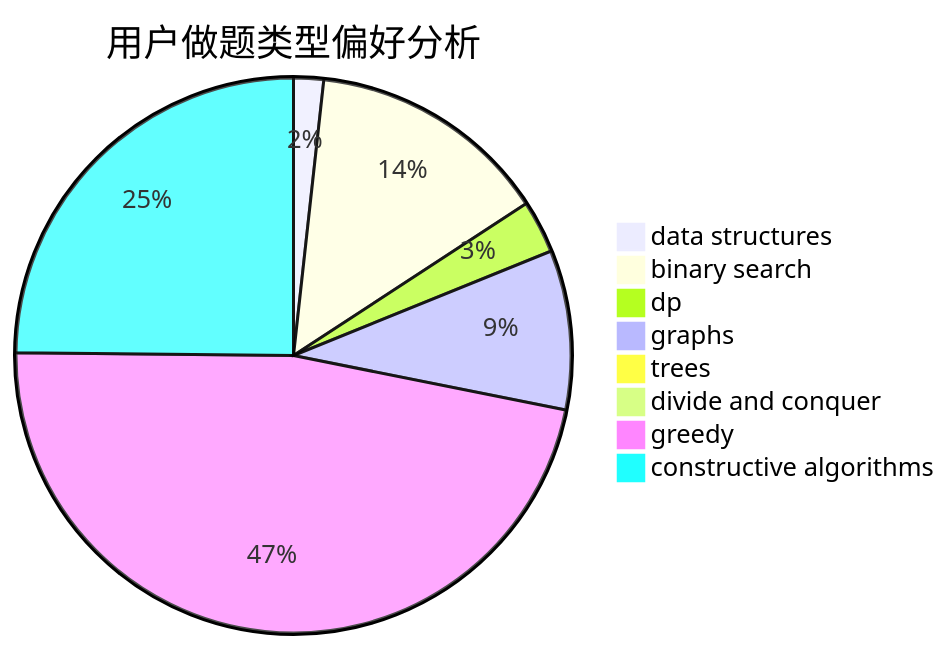
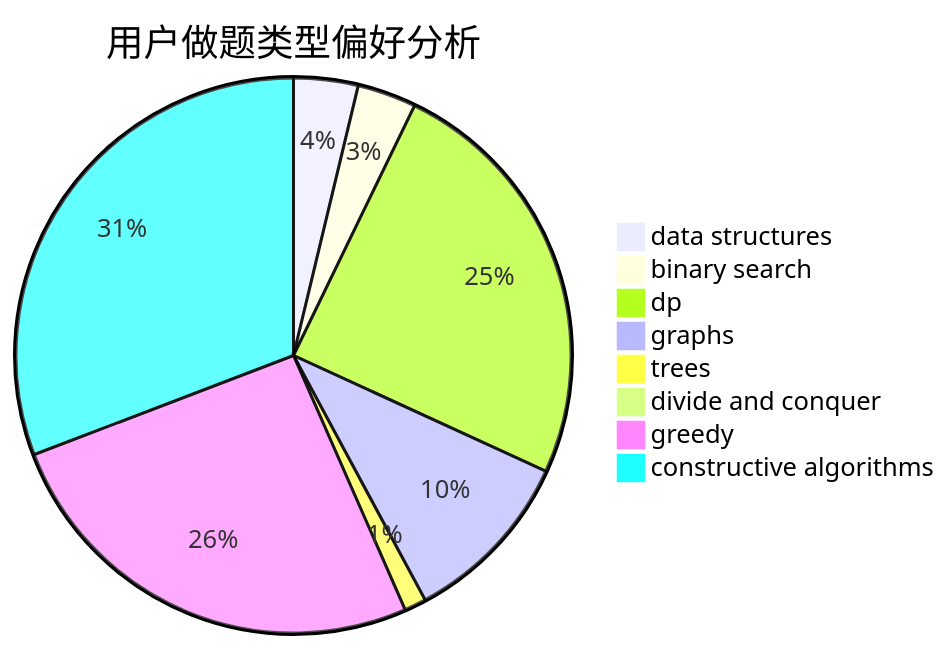
The second of 3 diagrams in docs/user/u2315.md (sherpahu/cfrs.github.io), drawn with Mermaid before and after one commit. The commit also changed other lines of this file and 2770 other files, not shown here.

````diff
--- a/docs/user/u2315.md
+++ b/docs/user/u2315.md
@@ -23,11 +23,11 @@
 ```mermaid
 pie title 用户做题类型偏好分析
-    "data structures" :  38
-    "binary search" :  306
-    "dp" :  67
-    "graphs" :  202
-    "trees" :  1
+    "data structures" :  47
+    "binary search" :  43
+    "dp" :  309
+    "graphs" :  129
+    "trees" :  16
     "divide and conquer" :  2
-    "greedy" :  1024
-    "constructive algorithms" :  541
+    "greedy" :  323
+    "constructive algorithms" :  386
 ```
````
